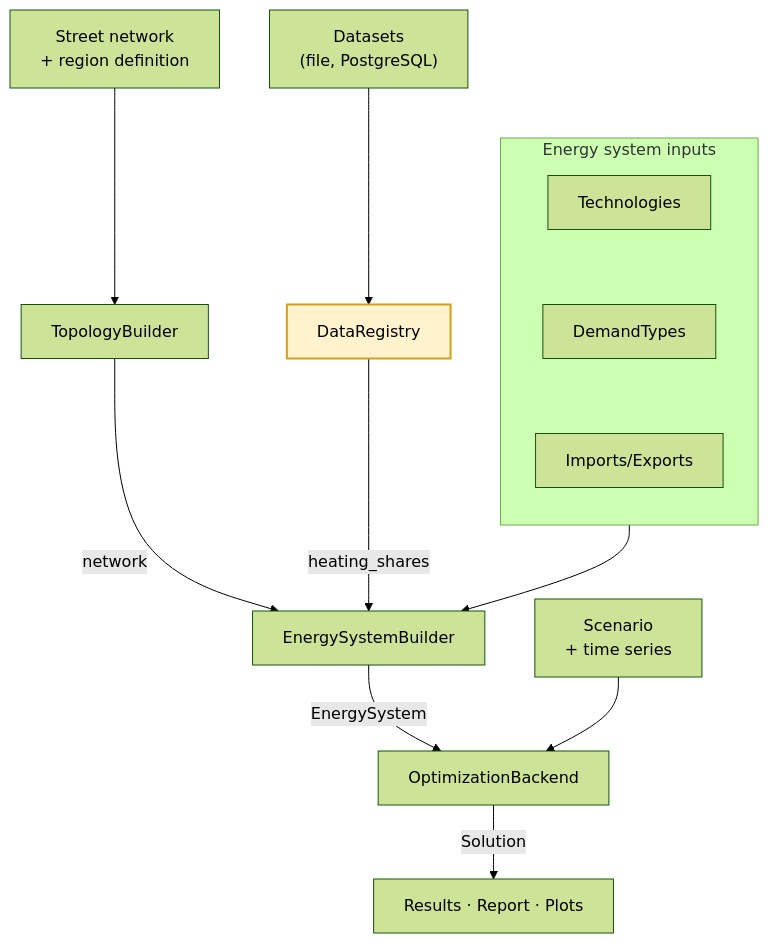
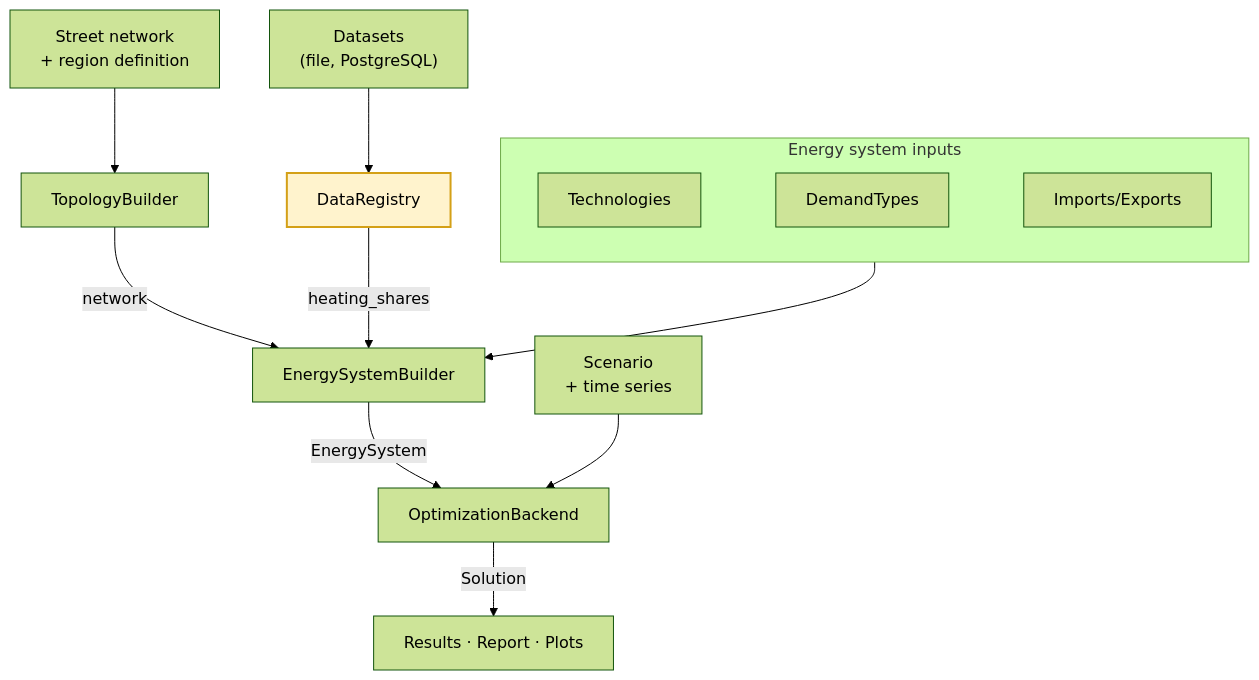
One commit to EINS-TUDa/geopipe changed the diagram in README.md. Above: the diagram before and after it, drawn with Mermaid (forest theme). The commit also changed 2 other files, not shown here.

````diff
--- a/README.md
+++ b/README.md
@@ -26,30 +26,30 @@
 ```mermaid
 flowchart TD
     streets["Street network<br/>+ region definition"] --> tb["TopologyBuilder"]
     tb -- "network" --> esb["EnergySystemBuilder"]
     subgraph inputs["Energy system inputs"]
-        direction TB
-        techs["Technologies"] ~~~ demands["DemandTypes"] ~~~ ie["Imports/Exports"]
+        techs["Technologies"] --- demands["DemandTypes"] --- ie["Imports/Exports"]
     end
     inputs --> esb
     datasets["Datasets<br/>(file, PostgreSQL)"] --> dr["DataRegistry"]
     dr -- "heating_shares" --> esb
     esb -- "EnergySystem" --> ob["OptimizationBackend"]
     scenario["Scenario<br/>+ time series"] --> ob
     ob -- "Solution" --> out["Results · Report · Plots"]
 
     classDef registry fill:#fff3cd,stroke:#d4a017,stroke-width:2px,color:#000
     class dr registry
+    linkStyle 2,3 stroke:none,stroke-width:0px
 
-    click streets href "Components/modify_streets_data/"
-    click tb href "Components/topology_builder/"
-    click techs href "Components/technologies/"
-    click demands href "Components/demand_type/"
-    click ie href "Components/energy_system_builder/#imports_exportsyaml"
-    click esb href "Components/energy_system_builder/"
-    click datasets href "Components/data_registry/"
-    click dr href "Components/data_registry/"
-    click ob href "Components/optimization/#optimizationbackend"
-    click scenario href "Components/optimization/#scenario"
-    click out href "Components/optimization/#solution"
+    click streets href "https://eins-tuda.github.io/geopipe/Components/modify_streets_data/"
+    click tb href "https://eins-tuda.github.io/geopipe/Components/topology_builder/"
+    click techs href "https://eins-tuda.github.io/geopipe/Components/technologies/"
+    click demands href "https://eins-tuda.github.io/geopipe/Components/demand_type/"
+    click ie href "https://eins-tuda.github.io/geopipe/Components/energy_system_builder/#imports_exportsyaml"
+    click esb href "https://eins-tuda.github.io/geopipe/Components/energy_system_builder/"
+    click datasets href "https://eins-tuda.github.io/geopipe/Components/data_registry/"
+    click dr href "https://eins-tuda.github.io/geopipe/Components/data_registry/"
+    click ob href "https://eins-tuda.github.io/geopipe/Components/optimization/#optimizationbackend"
+    click scenario href "https://eins-tuda.github.io/geopipe/Components/optimization/#scenario"
+    click out href "https://eins-tuda.github.io/geopipe/Components/optimization/#solution"
 ```
````
